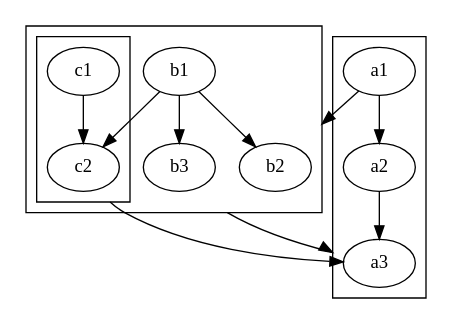
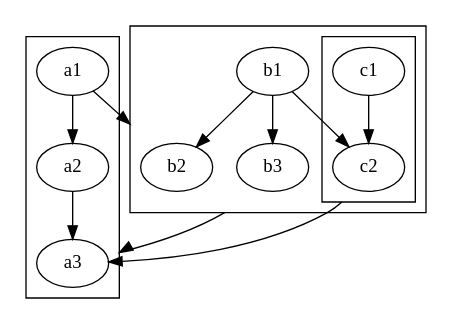
The diagram in rtest/nshare/compound_dot.gv (evilkim/gitlab-graphviz-mirror), drawn with Graphviz before and after one commit. The commit also changed other lines of this file and 9 other files, not shown here.

```diff
--- a/rtest/nshare/compound_dot.gv
+++ b/rtest/nshare/compound_dot.gv
@@ -1,52 +1,52 @@
 digraph G {
 	graph [bb="0,0,316,220",
 		compound=true
 	];
 	node [label="\N"];
+	subgraph clusterA {
+		graph [bb="8,8,78,204"];
+		a1	[height=0.5,
+			pos="43,178",
+			width=0.75];
+		a2	[height=0.5,
+			pos="43,106",
+			width=0.75];
+		a1 -> a2	[pos="e,43,124.1 43,159.7 43,151.98 43,142.71 43,134.11"];
+		a3	[height=0.5,
+			pos="43,34",
+			width=0.75];
+		a2 -> a3	[pos="e,43,52.104 43,87.697 43,79.983 43,70.712 43,62.112"];
+	}
 	subgraph clusterB {
 		graph [bb="86,72,308,212"];
 		subgraph clusterC {
 			graph [bb="230,80,300,204"];
 			c1	[height=0.5,
 				pos="265,178",
 				width=0.75];
 			c2	[height=0.5,
 				pos="265,106",
 				width=0.75];
 			c1 -> c2	[pos="e,265,124.1 265,159.7 265,151.98 265,142.71 265,134.11"];
 		}
 		b1	[height=0.5,
 			pos="193,178",
 			width=0.75];
 		b1 -> c2	[pos="e,250.2,121.38 207.57,162.83 217.75,152.94 231.52,139.55 243.03,128.36"];
 		b2	[height=0.5,
 			pos="121,106",
 			width=0.75];
 		b1 -> b2	[pos="e,135.8,121.38 178.43,162.83 168.25,152.94 154.48,139.55 142.97,128.36"];
 		b3	[height=0.5,
 			pos="193,106",
 			width=0.75];
 		b1 -> b3	[pos="e,193,124.1 193,159.7 193,151.98 193,142.71 193,134.11"];
 	}
-	subgraph clusterA {
-		graph [bb="8,8,78,204"];
-		a1	[height=0.5,
-			pos="43,178",
-			width=0.75];
-		a2	[height=0.5,
-			pos="43,106",
-			width=0.75];
-		a1 -> a2	[pos="e,43,124.1 43,159.7 43,151.98 43,142.71 43,134.11"];
-		a3	[height=0.5,
-			pos="43,34",
-			width=0.75];
-		a2 -> a3	[pos="e,43,52.104 43,87.697 43,79.983 43,70.712 43,62.112"];
-	}
 	a1 -> b2	[lhead=clusterB,
 		pos="e,86,138.41 58.41,163.17 64.227,157.95 71.165,151.72 78.27,145.35"];
 	c2 -> a3	[ltail=clusterC,
 		pos="e,70.075,35.104 244.93,80.001 241.56,76.939 237.88,74.14 234,72 185.4,45.198 120.5,37.559 80.247,35.525"];
 	b3 -> a3	[lhead=clusterA,
 		ltail=clusterB,
 		pos="e,78,42.042 157,72 132.57,57.757 101.96,48.209 78.605,42.386"];
 }
```
